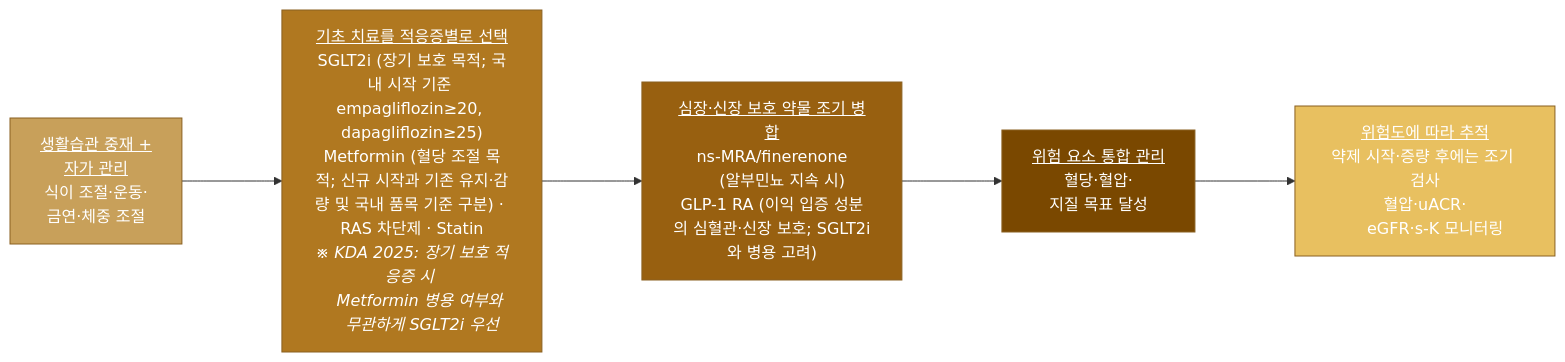
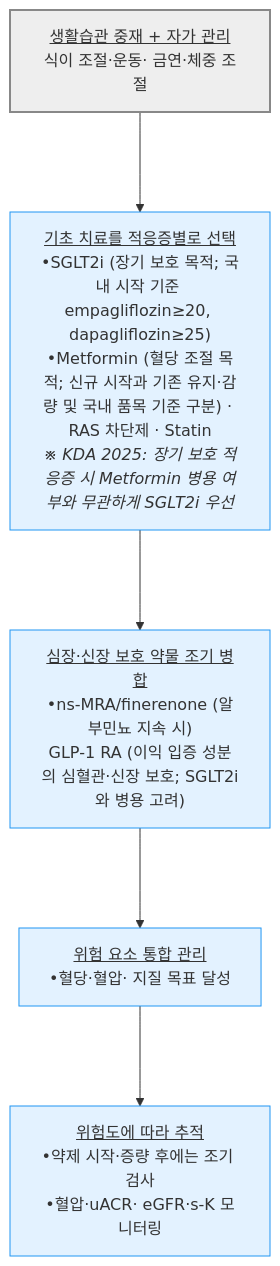
Before and after one commit to familyoh77/familyoh77: the first of 2 diagrams in 226_/102_-complications-of-diabetes.md, drawn with Mermaid. The commit also changed other lines of this file and 9 other files, not shown here.

````diff
--- a/226_/102_-complications-of-diabetes.md
+++ b/226_/102_-complications-of-diabetes.md
@@ -182,23 +182,16 @@
 ```mermaid
-graph LR
-    A["<u>생활습관 중재 + 
-    자가 관리</u><br/>식이 조절·운동·
-    금연·체중 조절"]
-    B["<u>기초 치료를 적응증별로 선택</u><br/>SGLT2i (장기 보호 목적; 국내 시작 기준 empagliflozin≥20, dapagliflozin≥25)<br/>Metformin (혈당 조절 목적; 신규 시작과 기존 유지·감량 및 국내 품목 기준 구분) · RAS 차단제 · Statin<br/><i>※ KDA 2025: 장기 보호 적응증 시 
-    Metformin 병용 여부와 
-    무관하게 SGLT2i 우선</i>"]
-    C["<u>심장·신장 보호 약물 조기 병합</u><br/>ns-MRA/finerenone
-    (알부민뇨 지속 시)<br/>GLP-1 RA (이익 입증 성분의 심혈관·신장 보호; SGLT2i와 병용 고려)"]
-    D["<u>위험 요소 통합 관리</u><br/>혈당·혈압·
-    지질 목표 달성"]
-    E["<u>위험도에 따라 추적</u><br/>약제 시작·증량 후에는 조기 검사<br/>혈압·uACR·
-    eGFR·s-K 모니터링"]
+graph TD
+    A["<u>생활습관 중재 + 자가 관리</u><br/>식이 조절·운동· 금연·체중 조절"]
+    B["<u>기초 치료를 적응증별로 선택</u><br/>•SGLT2i (장기 보호 목적; 국내 시작 기준 empagliflozin≥20, dapagliflozin≥25)<br/>•Metformin (혈당 조절 목적; 신규 시작과 기존 유지·감량 및 국내 품목 기준 구분) · RAS 차단제 · Statin<br/><i>※ KDA 2025: 장기 보호 적응증 시 Metformin 병용 여부와 무관하게 SGLT2i 우선</i>"]
+    C["<u>심장·신장 보호 약물 조기 병합</u><br/>•ns-MRA/finerenone (알부민뇨 지속 시)<br/>GLP-1 RA (이익 입증 성분의 심혈관·신장 보호; SGLT2i와 병용 고려)"]
+    D["<u>위험 요소 통합 관리</u><br/>•혈당·혈압· 지질 목표 달성"]
+    E["<u>위험도에 따라 추적</u><br/>•약제 시작·증량 후에는 조기 검사<br/>•혈압·uACR· eGFR·s-K 모니터링"]
 
     A ---> B ---> C ---> D ---> E
 
-    style A fill:#c8a05a,stroke:#8a6020,color:#fff
-    style B fill:#b07820,stroke:#8a6020,color:#fff
-    style C fill:#986010,stroke:#8a6020,color:#fff
-    style D fill:#7a4800,stroke:#8a6020,color:#fff
-    style E fill:#e8c060,stroke:#8a6020,color:#fff
+    style A fill:#eeeeee,stroke:#888888,stroke-width:2px
+    style B fill:#e3f2ff,stroke:#2196f3
+    style C fill:#e3f2ff,stroke:#2196f3
+    style D fill:#e3f2ff,stroke:#2196f3
+    style E fill:#e3f2ff,stroke:#2196f3
 ```
````
